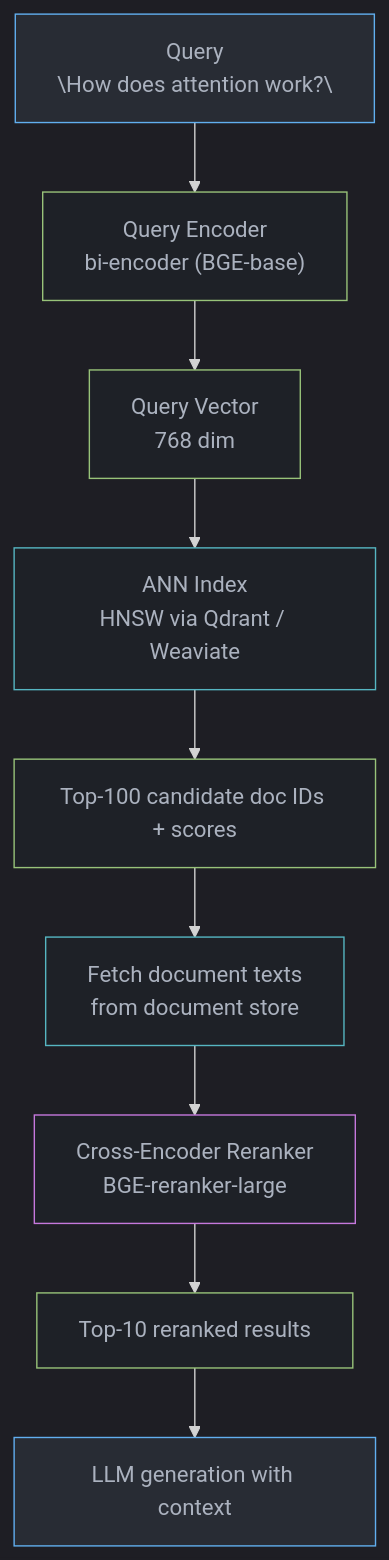
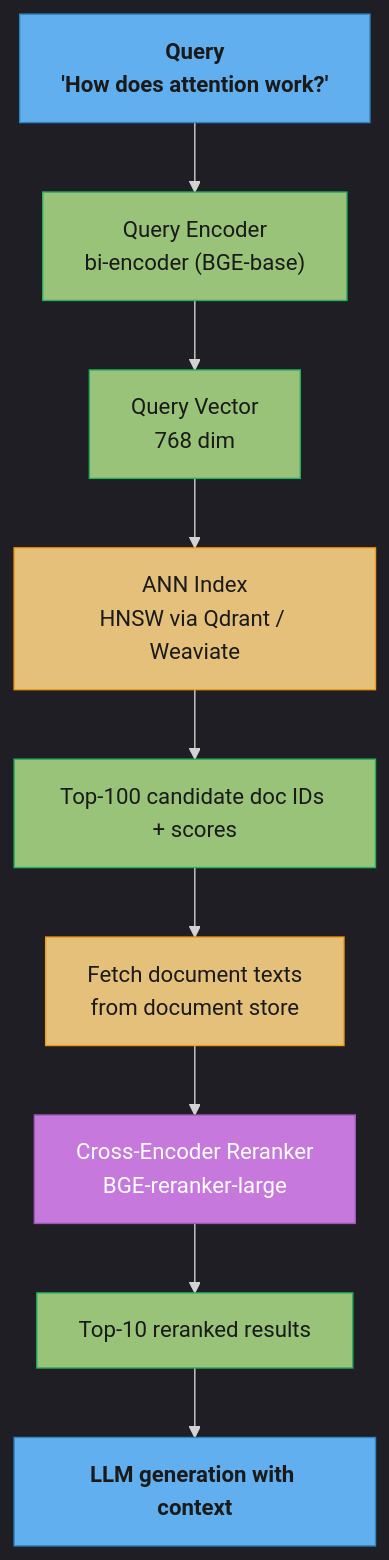
One commit to rppol/system-design changed the diagram in src/main/java/com/rutik/systemdesign/llm/embeddings_and_similarity_search/README.md. Above: the diagram before and after it, drawn with Mermaid. The commit also changed 88 other files, not shown here.

````diff
--- a/src/main/java/com/rutik/systemdesign/llm/embeddings_and_similarity_search/README.md
+++ b/src/main/java/com/rutik/systemdesign/llm/embeddings_and_similarity_search/README.md
@@ -116,26 +116,28 @@
 ```mermaid
 %%{init: {'flowchart': {'curve': 'basis'}, 'theme': 'dark'}}%%
 flowchart TD
-    classDef io     fill:#282c34,stroke:#61afef,color:#abb2bf
-    classDef proc   fill:#1e2127,stroke:#98c379,color:#abb2bf
-    classDef store  fill:#1e2127,stroke:#56b6c2,color:#abb2bf
-    classDef llm    fill:#1e2127,stroke:#c678dd,color:#abb2bf
+    classDef io      fill:#61afef,stroke:#2e86c1,color:#1a1a1a,font-weight:bold
+    classDef frozen  fill:#c678dd,stroke:#9b59b6,color:#fff
+    classDef train   fill:#98c379,stroke:#27ae60,color:#1a1a1a
+    classDef mathOp  fill:#d19a66,stroke:#e67e22,color:#1a1a1a,font-weight:bold
+    classDef lossN   fill:#e06c75,stroke:#c0392b,color:#fff,font-weight:bold
+    classDef req     fill:#56b6c2,stroke:#0097a7,color:#1a1a1a
+    classDef base    fill:#e5c07b,stroke:#f39c12,color:#1a1a1a
 
-    Q["Query\n\"How does attention work?\""]
+    Q["Query\n'How does attention work?'"]
     ENC["Query Encoder\nbi-encoder (BGE-base)"]
     VEC["Query Vector\n768 dim"]
     ANN["ANN Index\nHNSW via Qdrant / Weaviate"]
     CANDS["Top-100 candidate doc IDs + scores"]
     FETCH["Fetch document texts\nfrom document store"]
     RERANK["Cross-Encoder Reranker\nBGE-reranker-large"]
     TOP10["Top-10 reranked results"]
     LLM["LLM generation with context"]
 
     Q --> ENC --> VEC --> ANN --> CANDS --> FETCH --> RERANK --> TOP10 --> LLM
 
     class Q,LLM io
-    class ENC,VEC,CANDS proc
-    class ANN,FETCH store
-    class RERANK llm
-    class TOP10 proc
+    class ENC,VEC,CANDS,TOP10 train
+    class ANN,FETCH base
+    class RERANK frozen
 ```
````
